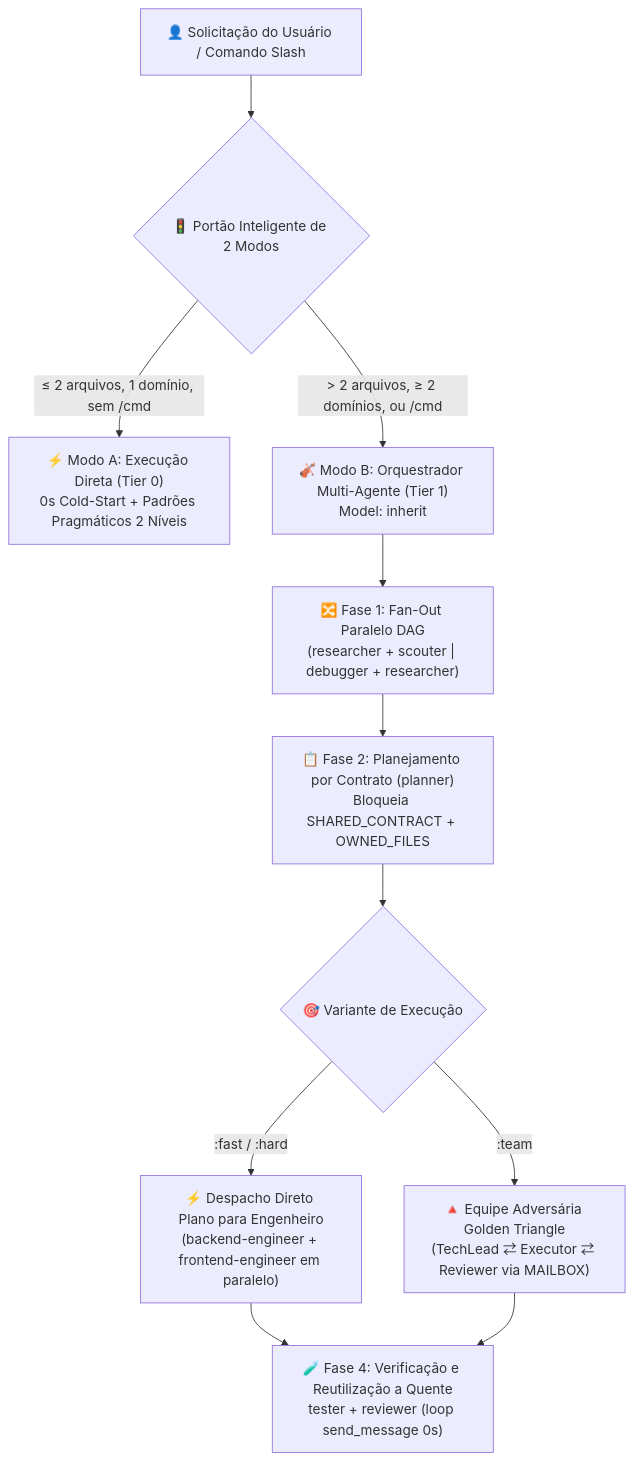
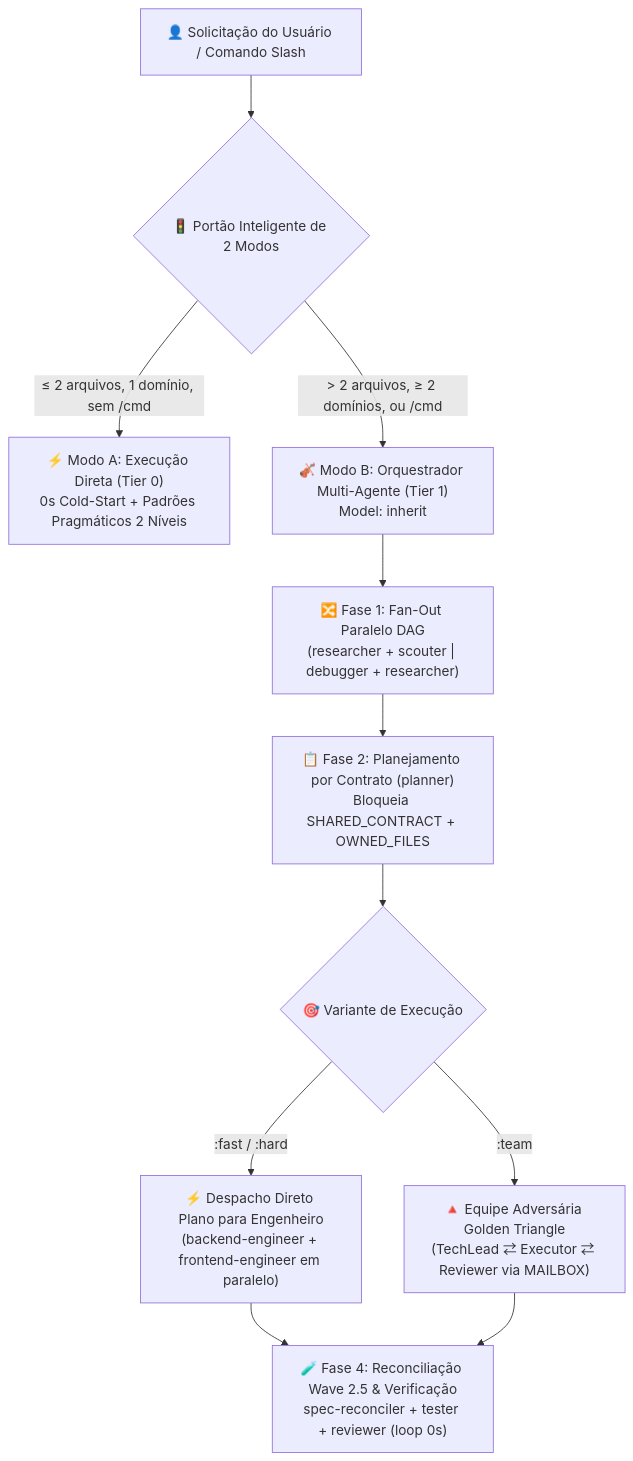
The diagram in i18n/README.pt-BR.md (Kennyboom/BoomOpen-Workflow-Kit-Pro), drawn with Mermaid before and after one commit. The commit also changed other lines of this file and 17 other files, not shown here.

````diff
--- a/i18n/README.pt-BR.md
+++ b/i18n/README.pt-BR.md
@@ -49,16 +49,16 @@
 ```mermaid
 flowchart TD
     User["👤 Solicitação do Usuário / Comando Slash"] --> Gate{"🚦 Portão Inteligente de 2 Modos"}
     Gate -->|"≤ 2 arquivos, 1 domínio, sem /cmd"| ModeA["⚡ Modo A: Execução Direta (Tier 0)<br/>0s Cold-Start + Padrões Pragmáticos 2 Níveis"]
     Gate -->|"> 2 arquivos, ≥ 2 domínios, ou /cmd"| ModeB["🎻 Modo B: Orquestrador Multi-Agente (Tier 1)<br/>Model: inherit"]
 
     ModeB --> FanOut["🔀 Fase 1: Fan-Out Paralelo DAG<br/>(researcher + scouter | debugger + researcher)"]
     FanOut --> Plan["📋 Fase 2: Planejamento por Contrato (planner)<br/>Bloqueia SHARED_CONTRACT + OWNED_FILES"]
     Plan --> Dispatch{"🎯 Variante de Execução"}
 
     Dispatch -->|":fast / :hard"| Direct["⚡ Despacho Direto Plano para Engenheiro<br/>(backend-engineer + frontend-engineer em paralelo)"]
     Dispatch -->|":team"| Triangle["🔺 Equipe Adversária Golden Triangle<br/>(TechLead ⇄ Executor ⇄ Reviewer via MAILBOX)"]
 
-    Direct --> Verify["🧪 Fase 4: Verificação e Reutilização a Quente<br/>tester + reviewer (loop send_message 0s)"]
+    Direct --> Verify["🧪 Fase 4: Reconciliação Wave 2.5 & Verificação<br/>spec-reconciler + tester + reviewer (loop 0s)"]
     Triangle --> Verify
 ```
````
